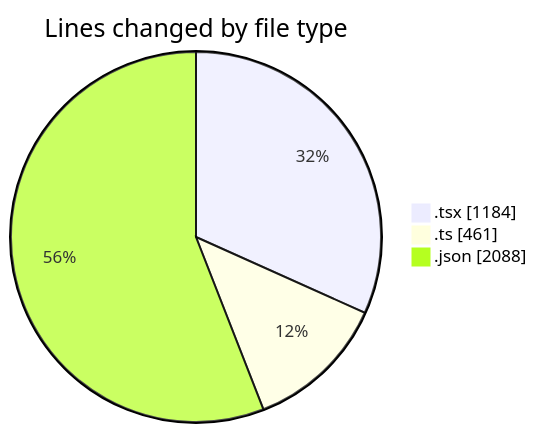
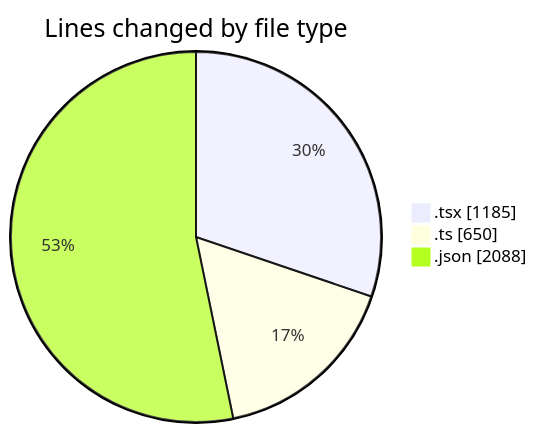
Before and after one commit to julien-gomy/code-tracking: the first of 2 diagrams in 2025-10-31/eventscop-frontend-guide__workspace_/README.md, drawn with Mermaid. The commit also changed other lines of this file and 1 other file, not shown here.

````diff
--- a/2025-10-31/eventscop-frontend-guide__workspace_/README.md
+++ b/2025-10-31/eventscop-frontend-guide__workspace_/README.md
@@ -30,7 +32,7 @@
 ```mermaid
 pie showData
 title Lines changed by file type
-".tsx" : 1184
-".ts" : 461
+".tsx" : 1185
+".ts" : 650
 ".json" : 2088
 ```
````
